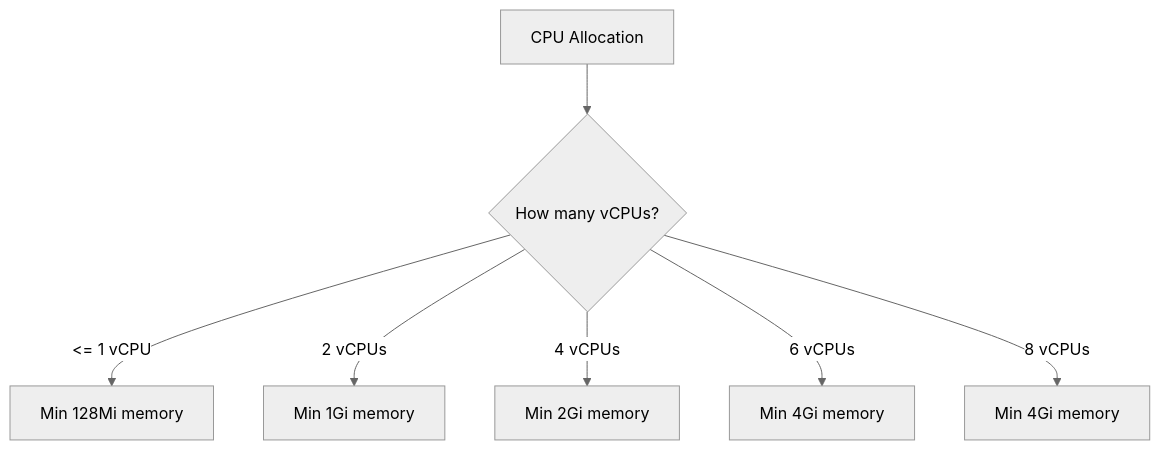
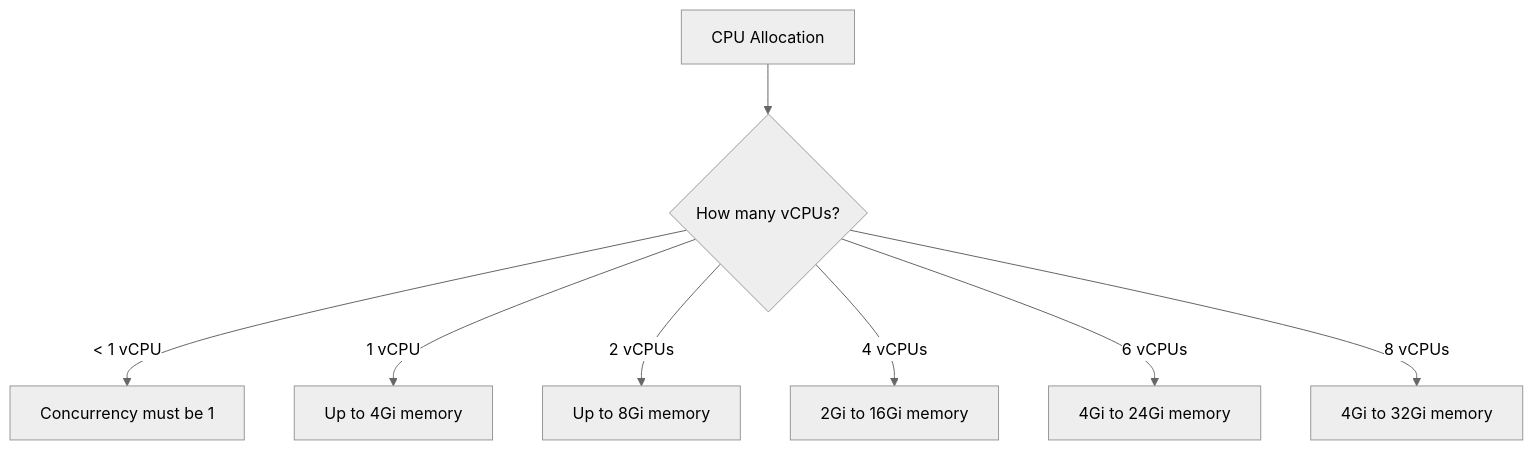
Before and after one commit to OneUptime/blog: the diagram in posts/2026-02-17-how-to-configure-cloud-functions-memory-and-cpu-allocation-for-compute-intensive-tasks/README.md, drawn with Mermaid (neutral theme). The commit also changed other lines of this file and 2 other files, not shown here.

Commit message:
validate: 2026-02-17-how-to-configure-cloud-functions-memory-and-cpu-allocation-for-compute-intensive-tasks

````diff
--- a/posts/2026-02-17-how-to-configure-cloud-functions-memory-and-cpu-allocation-for-compute-intensive-tasks/README.md
+++ b/posts/2026-02-17-how-to-configure-cloud-functions-memory-and-cpu-allocation-for-compute-intensive-tasks/README.md
@@ -25,9 +25,10 @@
 ```mermaid
 graph TD
     A[CPU Allocation] --> B{How many vCPUs?}
-    B -->|"<= 1 vCPU"| C["Min 128Mi memory"]
-    B -->|"2 vCPUs"| D["Min 1Gi memory"]
-    B -->|"4 vCPUs"| E["Min 2Gi memory"]
-    B -->|"6 vCPUs"| F["Min 4Gi memory"]
-    B -->|"8 vCPUs"| G["Min 4Gi memory"]
+    B -->|"< 1 vCPU"| C["Concurrency must be 1"]
+    B -->|"1 vCPU"| D["Up to 4Gi memory"]
+    B -->|"2 vCPUs"| E["Up to 8Gi memory"]
+    B -->|"4 vCPUs"| F["2Gi to 16Gi memory"]
+    B -->|"6 vCPUs"| G["4Gi to 24Gi memory"]
+    B -->|"8 vCPUs"| H["4Gi to 32Gi memory"]
 ```
````
